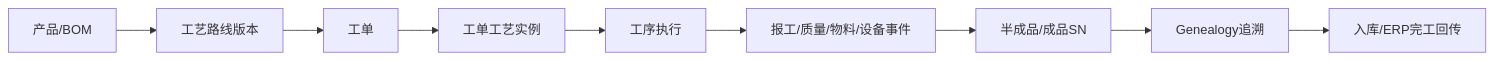
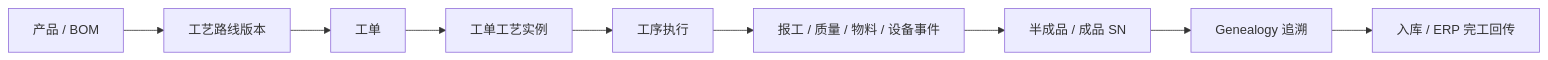
Before and after one commit to huzhihua/MES: the second of 2 diagrams in mes-wiki/docs/00-overview.md, drawn with Mermaid. The commit also changed other lines of this file and 12 other files, not shown here.

````diff
--- a/mes-wiki/docs/00-overview.md
+++ b/mes-wiki/docs/00-overview.md
@@ -59,11 +1450,11 @@
 ```mermaid
 flowchart LR
-    A[产品/BOM] --> B[工艺路线版本]
-    B --> C[工单]
-    C --> D[工单工艺实例]
-    D --> E[工序执行]
-    E --> F[报工/质量/物料/设备事件]
-    F --> G[半成品/成品SN]
-    G --> H[Genealogy追溯]
-    H --> I[入库/ERP完工回传]
+    Product["产品 / BOM"] --> Routing["工艺路线版本"]
+    Routing --> WorkOrder["工单"]
+    WorkOrder --> Instance["工单工艺实例"]
+    Instance --> Operation["工序执行"]
+    Operation --> Event["报工 / 质量 / 物料 / 设备事件"]
+    Event --> SN["半成品 / 成品 SN"]
+    SN --> Genealogy["Genealogy 追溯"]
+    Genealogy --> Feedback["入库 / ERP 完工回传"]
 ```
````
